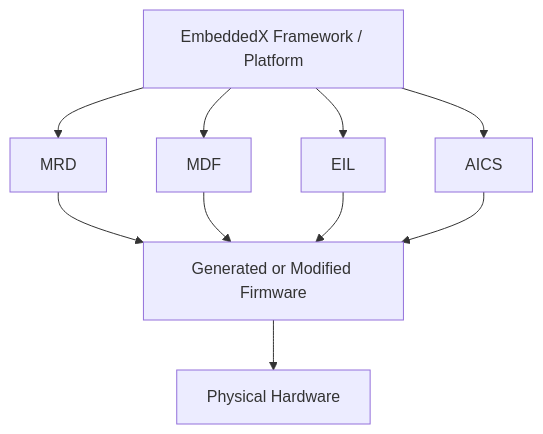
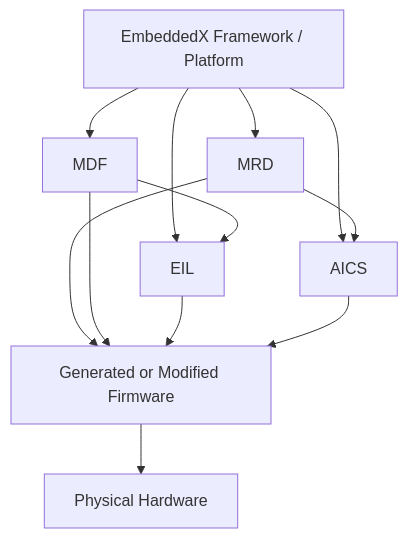
Before and after one commit to telespial/EmbeddedX-Specs: the diagram in assets/architecture-diagram.mmd, drawn with Mermaid.

Commit message:
Update architecture diagram with additional connections

```diff
--- a/assets/architecture-diagram.mmd
+++ b/assets/architecture-diagram.mmd
@@ -1,10 +1,12 @@
 flowchart TD
     A[EmbeddedX Framework / Platform] --> B[MRD]
     A --> C[MDF]
     A --> D[EIL]
     A --> E[AICS]
+    B --> E
+    C --> D
     B --> F[Generated or Modified Firmware]
     C --> F
     D --> F
     E --> F
     F --> G[Physical Hardware]
```
